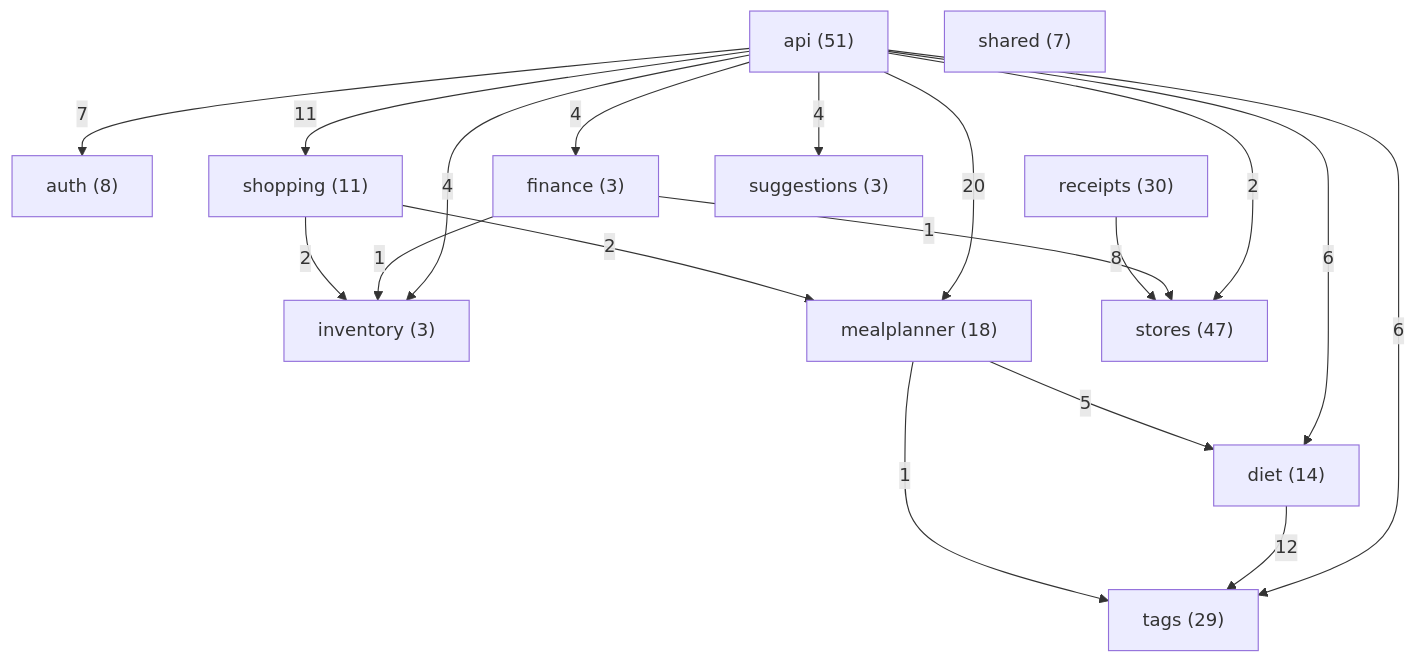
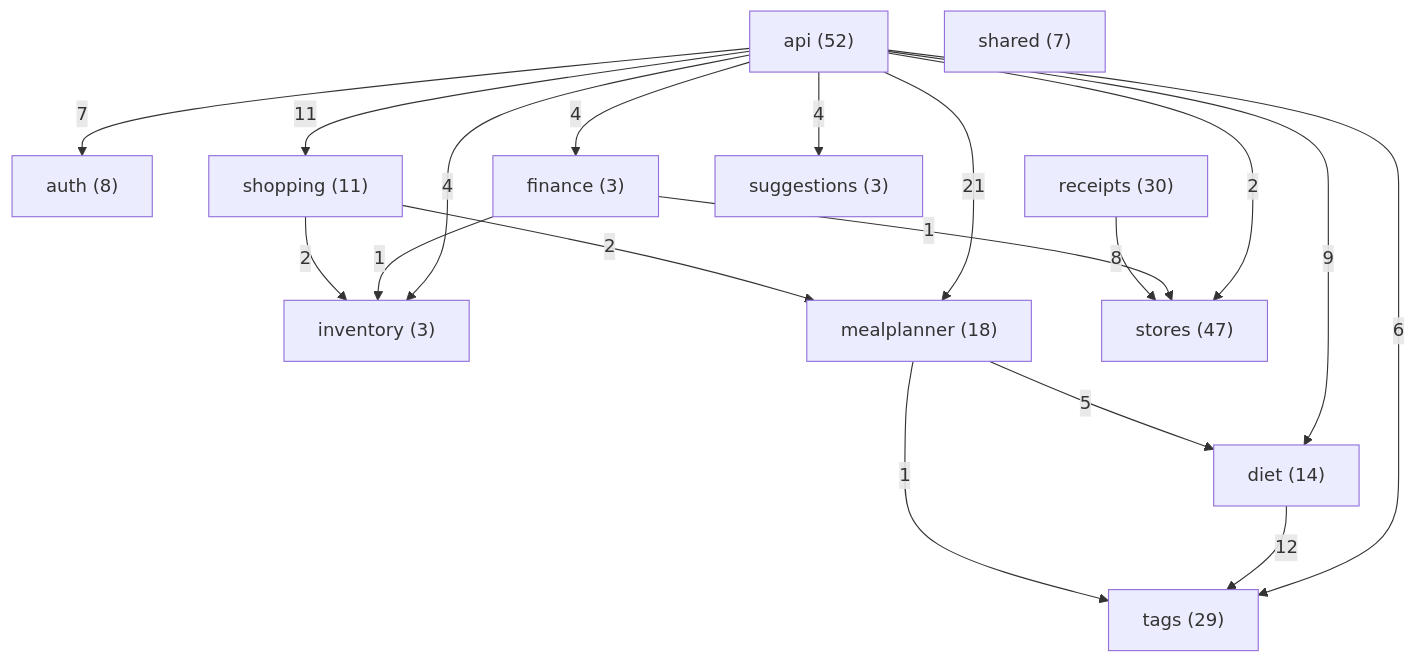
One commit to Nate-ryan-7690/dahaem changed the diagram in docs/classes/README.md. Above: the diagram before and after it, drawn with Mermaid. The commit also changed other lines of this file and 14 other files, not shown here.

````diff
--- a/docs/classes/README.md
+++ b/docs/classes/README.md
@@ -9,32 +9,32 @@
 ```mermaid
 flowchart TD
-    api["api (51)"]
+    api["api (52)"]
     auth["auth (8)"]
     diet["diet (14)"]
     finance["finance (3)"]
     inventory["inventory (3)"]
     mealplanner["mealplanner (18)"]
     receipts["receipts (30)"]
     shared["shared (7)"]
     shopping["shopping (11)"]
     stores["stores (47)"]
     suggestions["suggestions (3)"]
     tags["tags (29)"]
     api -->|7| auth
-    api -->|6| diet
+    api -->|9| diet
     api -->|4| finance
     api -->|4| inventory
-    api -->|20| mealplanner
+    api -->|21| mealplanner
     api -->|11| shopping
     api -->|2| stores
     api -->|4| suggestions
     api -->|6| tags
     diet -->|12| tags
     finance -->|1| inventory
     finance -->|1| stores
     mealplanner -->|5| diet
     mealplanner -->|1| tags
     receipts -->|8| stores
     shopping -->|2| inventory
     shopping -->|2| mealplanner
 ```
````
